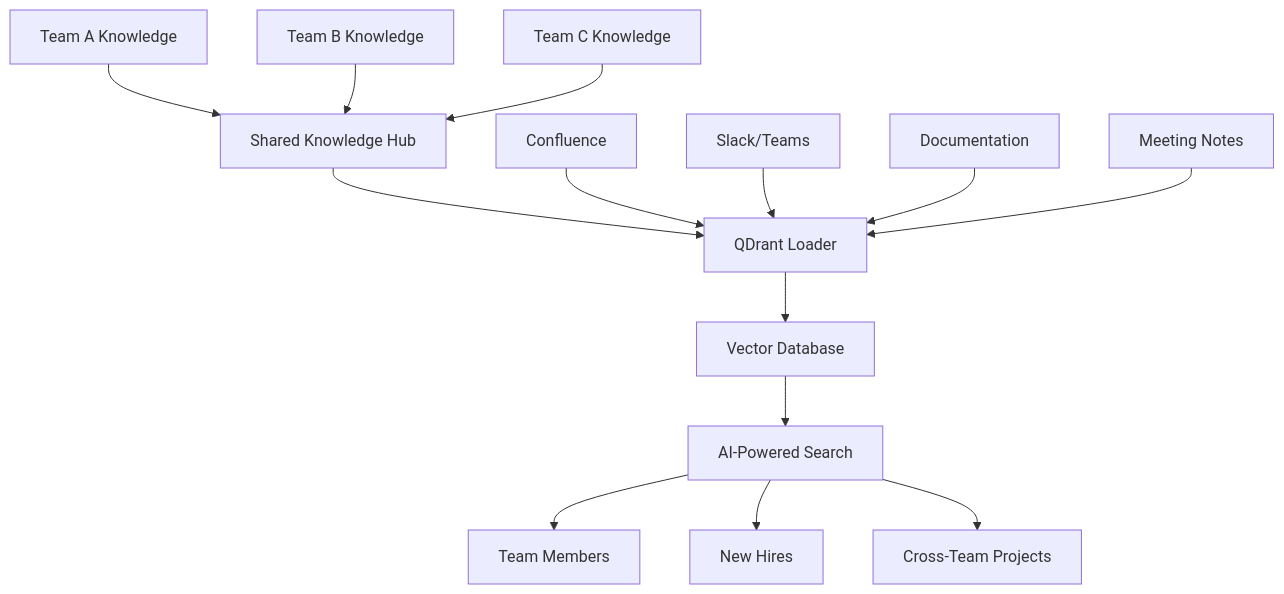
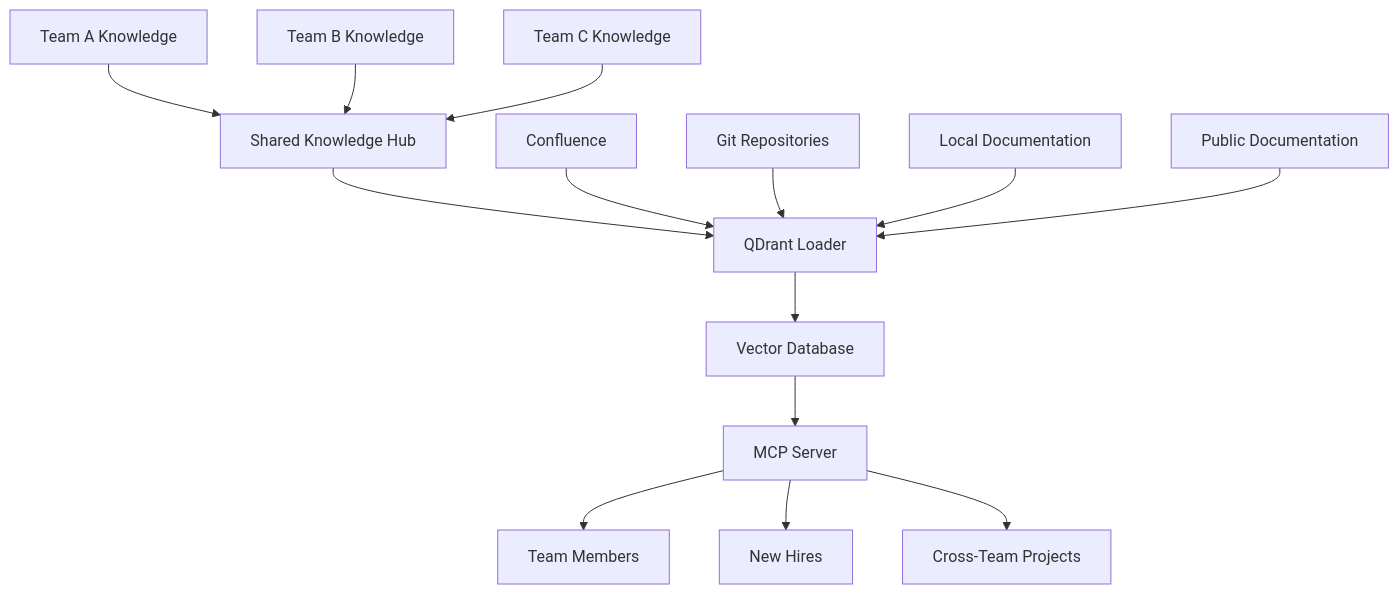
One commit to martin-papy/qdrant-loader changed the diagram in docs/users/workflows/team-collaboration-workflow.md. Above: the diagram before and after it, drawn with Mermaid. The commit also changed other lines of this file and 56 other files, not shown here.

````diff
--- a/docs/users/workflows/team-collaboration-workflow.md
+++ b/docs/users/workflows/team-collaboration-workflow.md
@@ -21,19 +21,19 @@
 ```mermaid
 graph TD
     A[Team A Knowledge] --> D[Shared Knowledge Hub]
     B[Team B Knowledge] --> D
     C[Team C Knowledge] --> D
     
     D --> E[QDrant Loader]
     E --> F[Vector Database]
-    F --> G[AI-Powered Search]
+    F --> G[MCP Server]
     
     G --> H[Team Members]
     G --> I[New Hires]
     G --> J[Cross-Team Projects]
     
     K[Confluence] --> E
-    L[Slack/Teams] --> E
-    M[Documentation] --> E
-    N[Meeting Notes] --> E
+    L[Git Repositories] --> E
+    M[Local Documentation] --> E
+    N[Public Documentation] --> E
 ```
````
